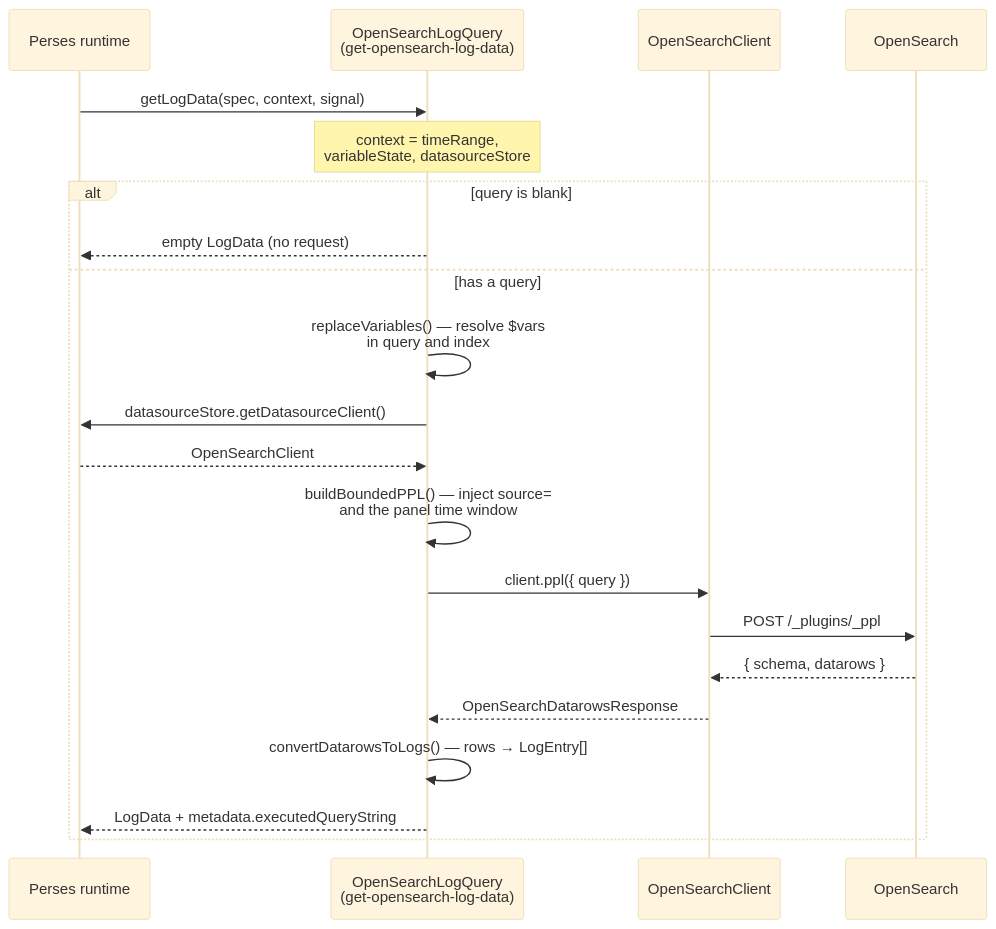
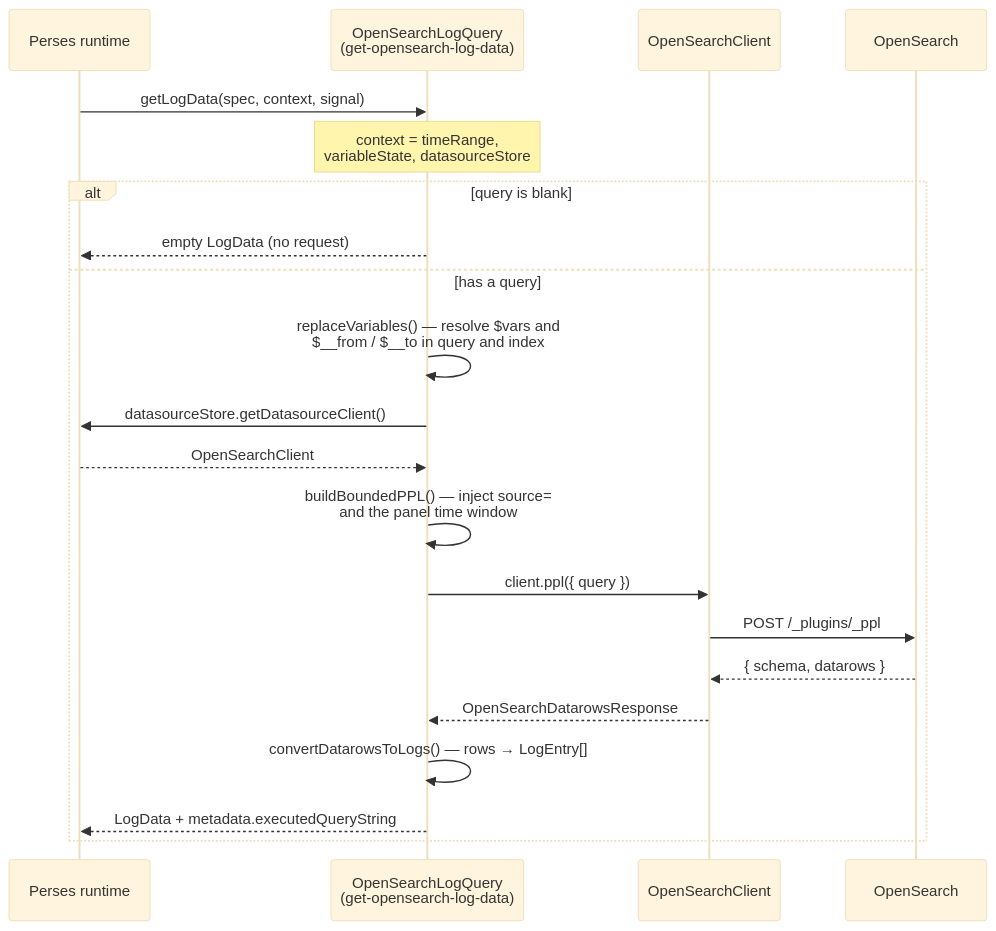
One commit to perses/plugins changed the fourth of 7 diagrams in opensearch/docs/architecture.md. Above: the diagram before and after it, drawn with Mermaid (base theme). The commit also changed other lines of this file and 8 other files, not shown here.

````diff
--- a/opensearch/docs/architecture.md
+++ b/opensearch/docs/architecture.md
@@ -159,25 +161,25 @@
 ```mermaid
 sequenceDiagram
     participant P as Perses runtime
     participant Q as OpenSearchLogQuery<br/>(get-opensearch-log-data)
     participant C as OpenSearchClient
     participant OS as OpenSearch
 
     P->>Q: getLogData(spec, context, signal)
     Note over Q: context = timeRange,<br/>variableState, datasourceStore
 
     alt query is blank
         Q-->>P: empty LogData (no request)
     else has a query
-        Q->>Q: replaceVariables() — resolve $vars<br/>in query and index
+        Q->>Q: replaceVariables() — resolve $vars and<br/>$__from / $__to in query and index
         Q->>P: datasourceStore.getDatasourceClient()
         P-->>Q: OpenSearchClient
         Q->>Q: buildBoundedPPL() — inject source=<br/>and the panel time window
         Q->>C: client.ppl({ query })
         C->>OS: POST /_plugins/_ppl
         OS-->>C: { schema, datarows }
         C-->>Q: OpenSearchDatarowsResponse
         Q->>Q: convertDatarowsToLogs() — rows → LogEntry[]
         Q-->>P: LogData + metadata.executedQueryString
     end
 ```
````
